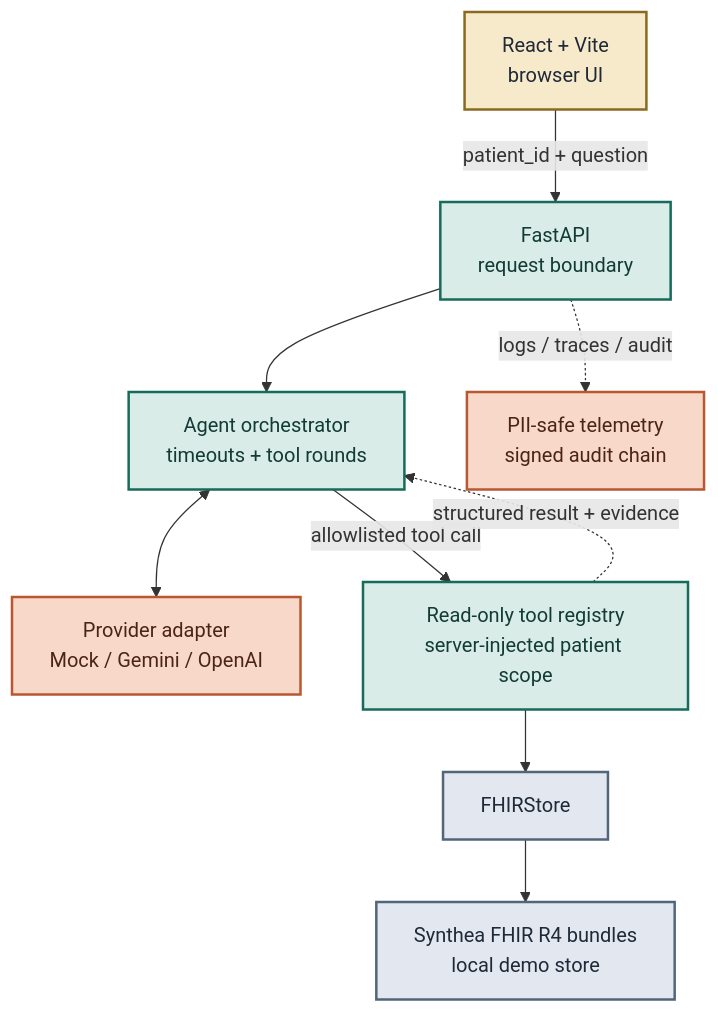
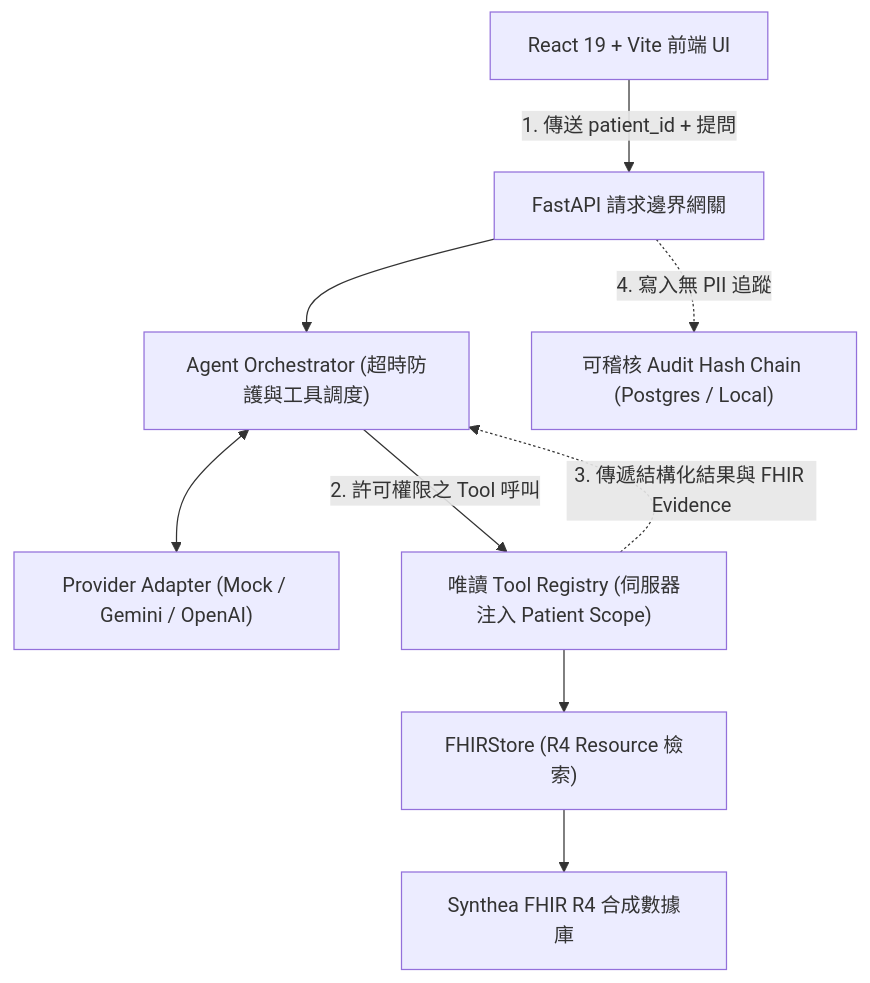
Before and after one commit to kuotunyu/fhir-care-copilot: the diagram in README.md, drawn with Mermaid. The commit also changed other lines of this file and 1 other file, not shown here.

Commit message:
docs: overhaul README with architecture diagrams and update .gitignore for security

````diff
--- a/README.md
+++ b/README.md
@@ -35,30 +28,11 @@
 ```mermaid
-flowchart TB
-    UI["React + Vite<br/>browser UI"]
-    API["FastAPI<br/>request boundary"]
-    AGENT["Agent orchestrator<br/>timeouts + tool rounds"]
-    PROVIDER["Provider adapter<br/>Mock / Gemini / OpenAI"]
-    TOOLS["Read-only tool registry<br/>server-injected patient scope"]
-    STORE["FHIRStore"]
-    DATA["Synthea FHIR R4 bundles<br/>local demo store"]
-    AUDIT["PII-safe telemetry<br/>signed audit chain"]
-
-    UI -->|"patient_id + question"| API
-    API --> AGENT
-    AGENT <--> PROVIDER
-    AGENT -->|"allowlisted tool call"| TOOLS
-    TOOLS --> STORE
-    STORE --> DATA
-    TOOLS -. "structured result + evidence" .-> AGENT
-    API -. "logs / traces / audit" .-> AUDIT
-
-    classDef client fill:#F7EACB,stroke:#8A6A20,stroke-width:2px,color:#1F2937
-    classDef service fill:#D9ECE8,stroke:#176B5B,stroke-width:2px,color:#123B34
-    classDef control fill:#F8D8C9,stroke:#B95732,stroke-width:2px,color:#4A2418
-    classDef data fill:#E3E8F0,stroke:#52657A,stroke-width:2px,color:#1F2937
-
-    class UI client
-    class API,AGENT,TOOLS service
-    class PROVIDER,AUDIT control
-    class STORE,DATA data
+flowchart TD
+    UI["React 19 + Vite 前端 UI"] -->|"1. 傳送 patient_id + 提問"| API["FastAPI 請求邊界網關"]
+    API --> AGENT["Agent Orchestrator (超時防護與工具調度)"]
+    AGENT <--> PROVIDER["Provider Adapter (Mock / Gemini / OpenAI)"]
+    AGENT -->|"2. 許可權限之 Tool 呼叫"| TOOLS["唯讀 Tool Registry (伺服器注入 Patient Scope)"]
+    TOOLS --> STORE["FHIRStore (R4 Resource 檢索)"]
+    STORE --> DATA["Synthea FHIR R4 合成數據庫"]
+    TOOLS -.->|"3. 傳遞結構化結果與 FHIR Evidence"| AGENT
+    API -.->|"4. 寫入無 PII 追蹤"| AUDIT["可稽核 Audit Hash Chain (Postgres / Local)"]
 ```
````
